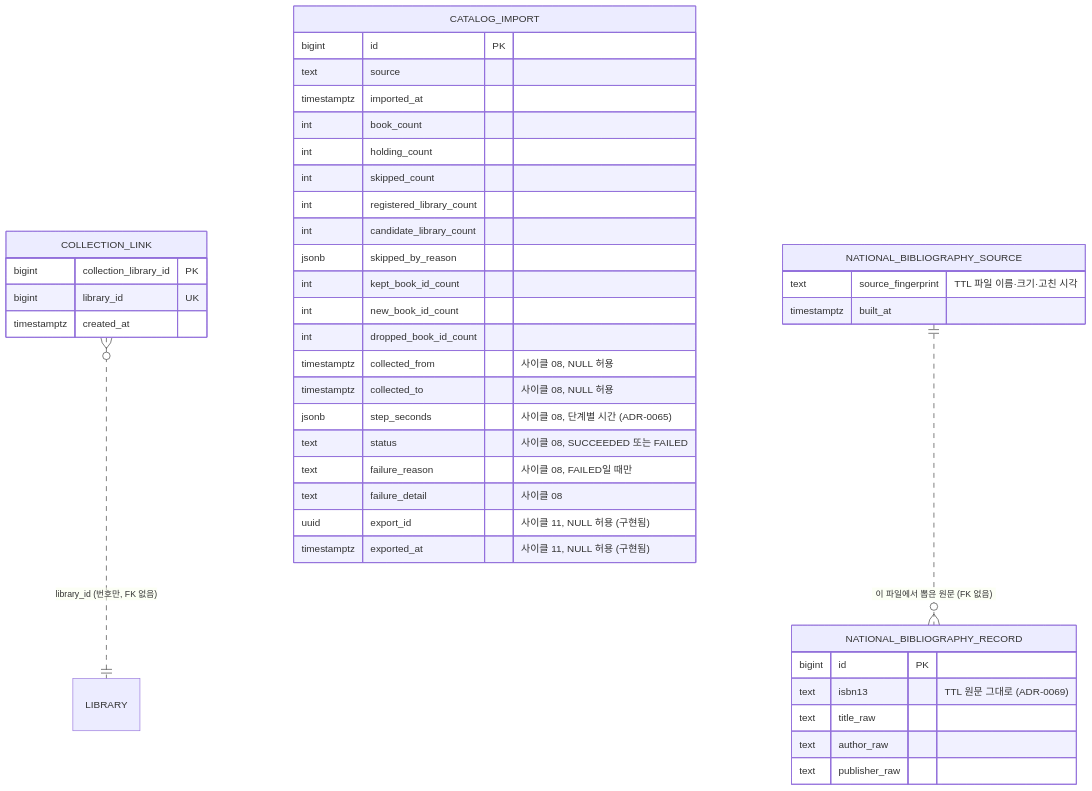
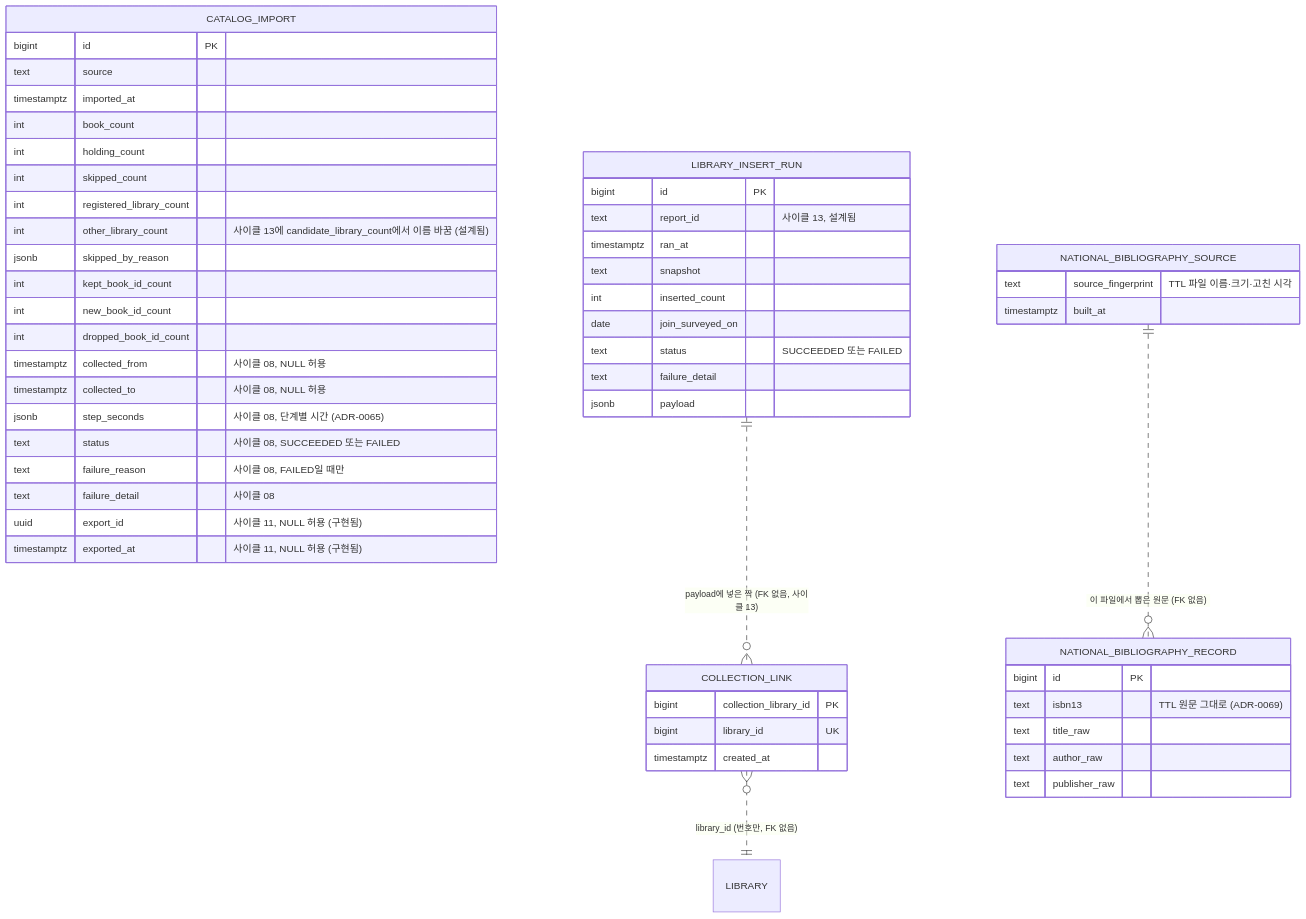
One commit to hodu-sketch/chaekcheck-plan changed the fourth of 7 diagrams in docs/current/data-model.md. Above: the diagram before and after it, drawn with Mermaid. The commit also changed other lines of this file and 25 other files, not shown here.

````diff
--- a/docs/current/data-model.md
+++ b/docs/current/data-model.md
@@ -358,43 +366,55 @@
 ```mermaid
 erDiagram
   COLLECTION_LINK {
     bigint collection_library_id PK
     bigint library_id UK
     timestamptz created_at
   }
   CATALOG_IMPORT {
     bigint id PK
     text source
     timestamptz imported_at
     int book_count
     int holding_count
     int skipped_count
     int registered_library_count
-    int candidate_library_count
+    int other_library_count "사이클 13에 candidate_library_count에서 이름 바꿈 (설계됨)"
     jsonb skipped_by_reason
     int kept_book_id_count
     int new_book_id_count
     int dropped_book_id_count
     timestamptz collected_from "사이클 08, NULL 허용"
     timestamptz collected_to "사이클 08, NULL 허용"
     jsonb step_seconds "사이클 08, 단계별 시간 (ADR-0065)"
     text status "사이클 08, SUCCEEDED 또는 FAILED"
     text failure_reason "사이클 08, FAILED일 때만"
     text failure_detail "사이클 08"
     uuid export_id "사이클 11, NULL 허용 (구현됨)"
     timestamptz exported_at "사이클 11, NULL 허용 (구현됨)"
   }
   NATIONAL_BIBLIOGRAPHY_RECORD {
     bigint id PK
     text isbn13 "TTL 원문 그대로 (ADR-0069)"
     text title_raw
     text author_raw
     text publisher_raw
   }
   NATIONAL_BIBLIOGRAPHY_SOURCE {
     text source_fingerprint "TTL 파일 이름·크기·고친 시각"
     timestamptz built_at
   }
+  LIBRARY_INSERT_RUN {
+    bigint id PK
+    text report_id "사이클 13, 설계됨"
+    timestamptz ran_at
+    text snapshot
+    int inserted_count
+    date join_surveyed_on
+    text status "SUCCEEDED 또는 FAILED"
+    text failure_detail
+    jsonb payload
+  }
   COLLECTION_LINK }o..|| LIBRARY : "library_id (번호만, FK 없음)"
   NATIONAL_BIBLIOGRAPHY_SOURCE ||..o{ NATIONAL_BIBLIOGRAPHY_RECORD : "이 파일에서 뽑은 원문 (FK 없음)"
+  LIBRARY_INSERT_RUN ||..o{ COLLECTION_LINK : "payload에 넣은 짝 (FK 없음, 사이클 13)"
 ```
````
